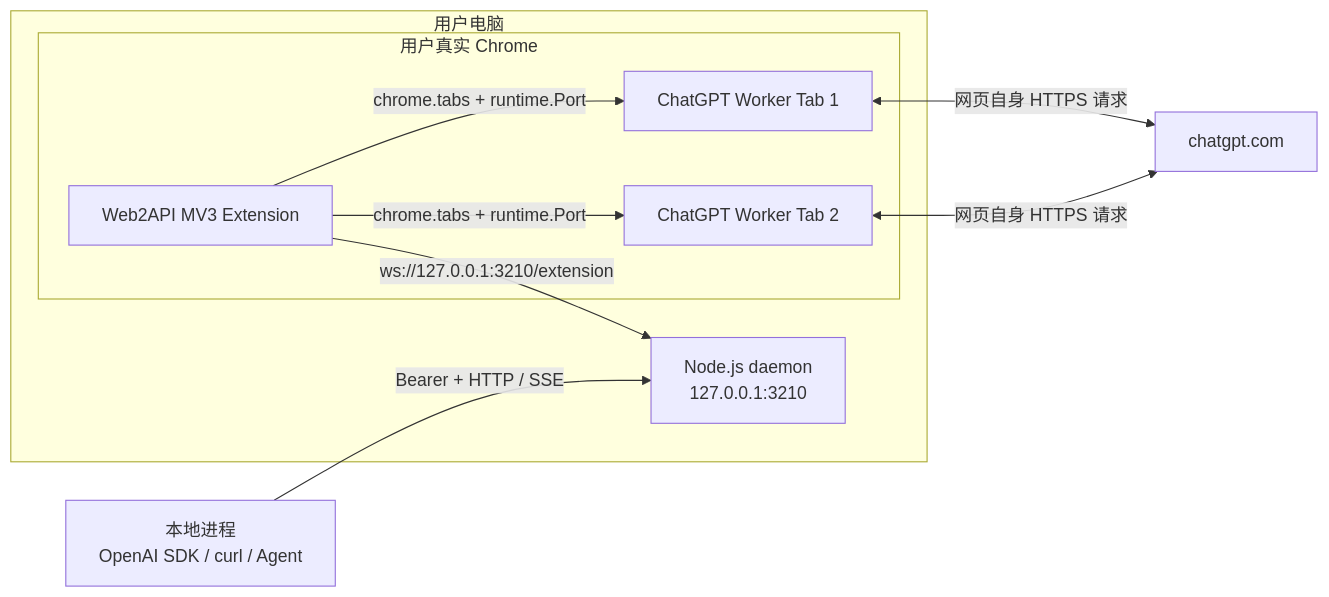
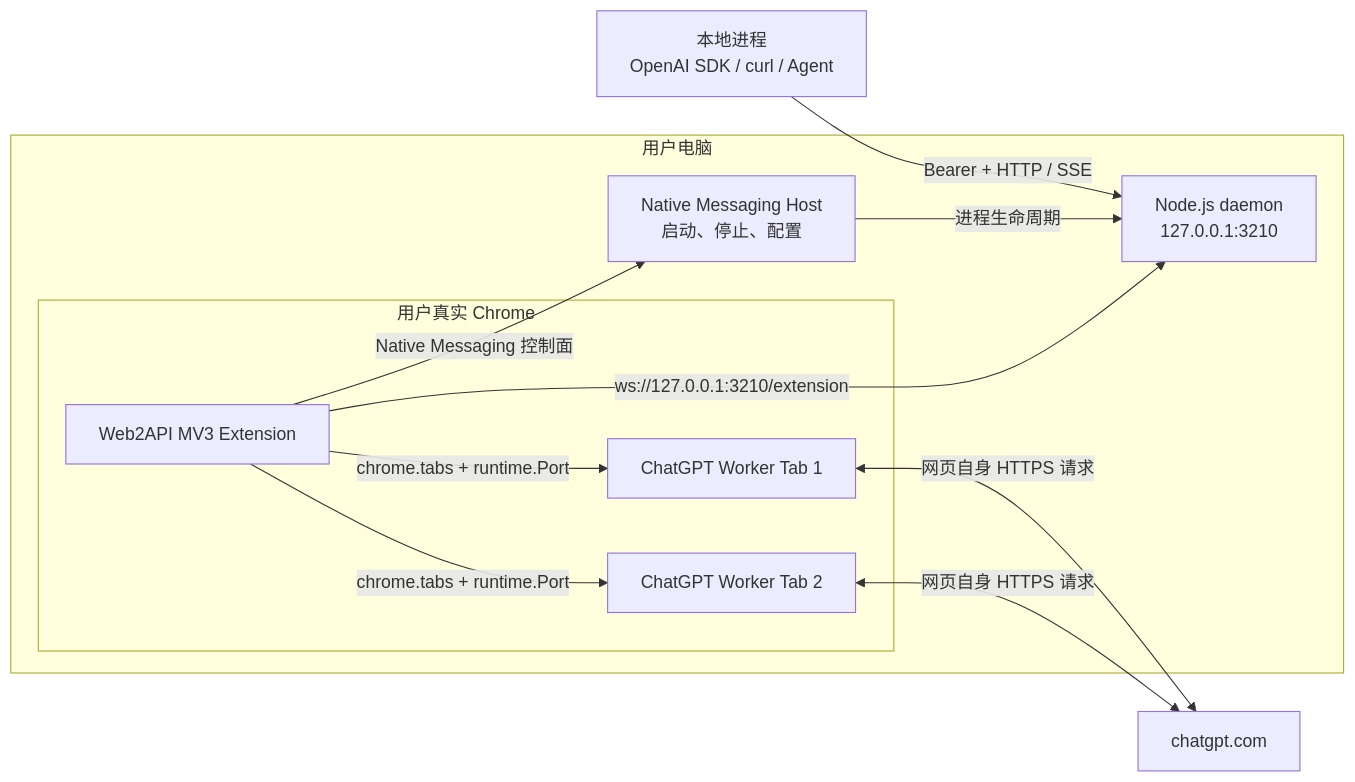
Before and after one commit to glidea/web2api: the first of 7 diagrams in docs/v001/tech-design.md, drawn with Mermaid. The commit also changed other lines of this file and 26 other files, not shown here.

````diff
--- a/docs/v001/tech-design.md
+++ b/docs/v001/tech-design.md
@@ -298,23 +298,26 @@
 ```mermaid
 flowchart LR
     Client["本地进程<br/>OpenAI SDK / curl / Agent"]
 
     subgraph Host["用户电脑"]
+        NativeHost["Native Messaging Host<br/>启动、停止、配置"]
         Daemon["Node.js daemon<br/>127.0.0.1:3210"]
 
         subgraph Chrome["用户真实 Chrome"]
             Extension["Web2API MV3 Extension"]
             Tab1["ChatGPT Worker Tab 1"]
             Tab2["ChatGPT Worker Tab 2"]
         end
     end
 
     ChatGPT["chatgpt.com"]
 
     Client -->|"Bearer + HTTP / SSE"| Daemon
+    Extension -->|"Native Messaging 控制面"| NativeHost
+    NativeHost -->|"进程生命周期"| Daemon
     Extension -->|"ws://127.0.0.1:3210/extension"| Daemon
     Extension -->|"chrome.tabs + runtime.Port"| Tab1
     Extension -->|"chrome.tabs + runtime.Port"| Tab2
     Tab1 <-->|"网页自身 HTTPS 请求"| ChatGPT
     Tab2 <-->|"网页自身 HTTPS 请求"| ChatGPT
 ```
````
